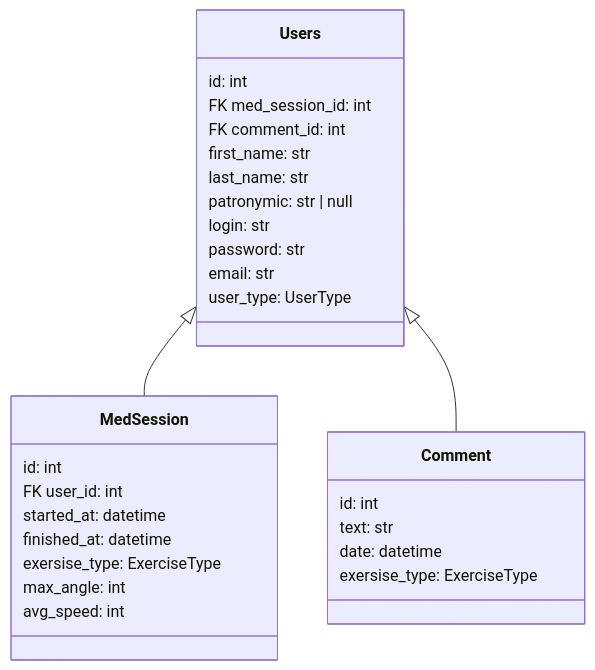
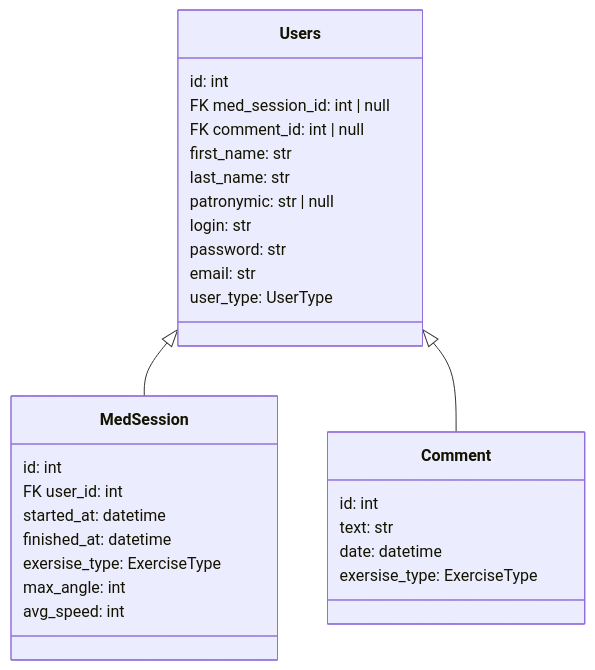
One commit to Sergei-Okhlopkov/PoseEstimation changed the diagram in db/database_info.md. Above: the diagram before and after it, drawn with Mermaid. The commit also changed 4 other files, not shown here.

Commit message:
feat: написан свой виджет для выбора из прокручиваемого списка. Введение schemas

````diff
--- a/db/database_info.md
+++ b/db/database_info.md
@@ -7,34 +7,34 @@
 ```mermaid
 classDiagram
       Users <|-- MedSession
       Users <|-- Comment
       class Users{
           id: int
-          FK med_session_id: int
-          FK comment_id: int
+          FK med_session_id: int | null
+          FK comment_id: int | null
           first_name: str
           last_name: str
           patronymic: str | null
           login: str
           password: str
           email: str
           user_type: UserType
       }
       class MedSession{
           id: int
           FK user_id: int
           started_at: datetime
           finished_at: datetime
           exersise_type: ExerciseType
           max_angle: int
           avg_speed: int
       }
       class Comment{
           id: int
           text: str
           date: datetime
           exersise_type: ExerciseType
       }
       
      
 ```
````
